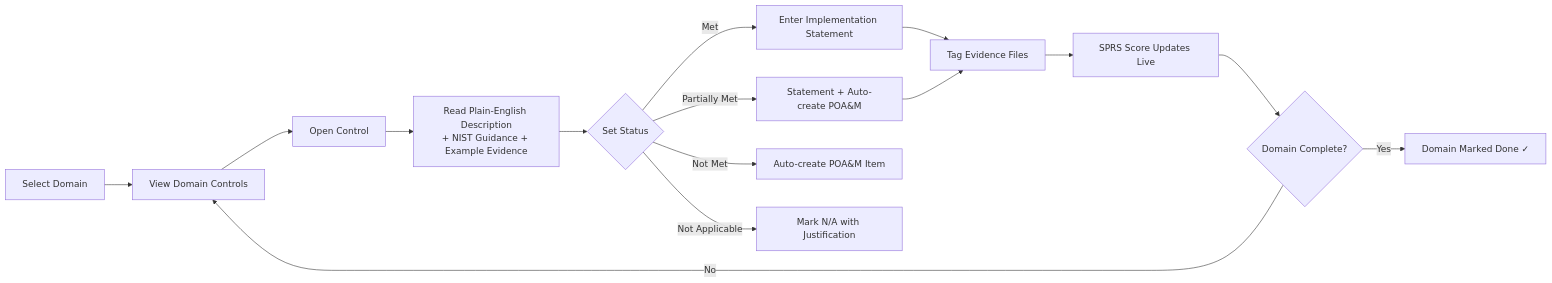
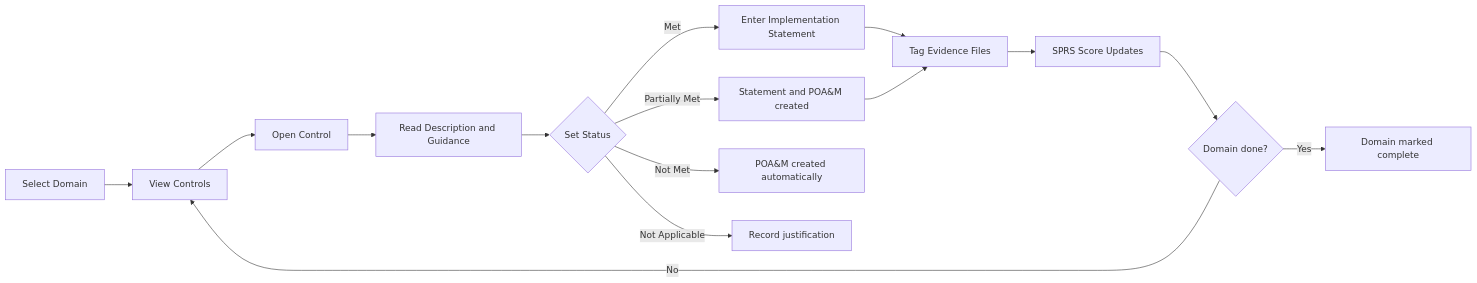
Before and after one commit to saisravan909/cmmc-compass: the fourth of 7 diagrams in README.md, drawn with Mermaid. The commit also changed other lines of this file, not shown here.

Commit message:
docs: rewrite README in plain language, remove formatting noise

````diff
--- a/README.md
+++ b/README.md
@@ -247,17 +252,17 @@
 ```mermaid
 flowchart LR
-    A[Select Domain] --> B[View Domain Controls]
+    A[Select Domain] --> B[View Controls]
     B --> C[Open Control]
-    C --> D[Read Plain-English Description\n+ NIST Guidance + Example Evidence]
+    C --> D[Read Description and Guidance]
     D --> E{Set Status}
     E -->|Met| F[Enter Implementation Statement]
-    E -->|Partially Met| G[Statement + Auto-create POA&M]
-    E -->|Not Met| H[Auto-create POA&M Item]
-    E -->|Not Applicable| I[Mark N/A with Justification]
+    E -->|Partially Met| G[Statement and POA&M created]
+    E -->|Not Met| H[POA&M created automatically]
+    E -->|Not Applicable| I[Record justification]
     F --> J[Tag Evidence Files]
     G --> J
-    J --> K[SPRS Score Updates Live]
-    K --> L{Domain Complete?}
-    L -->|Yes| M[Domain Marked Done ✓]
+    J --> K[SPRS Score Updates]
+    K --> L{Domain done?}
+    L -->|Yes| M[Domain marked complete]
     L -->|No| B
 ```
````
